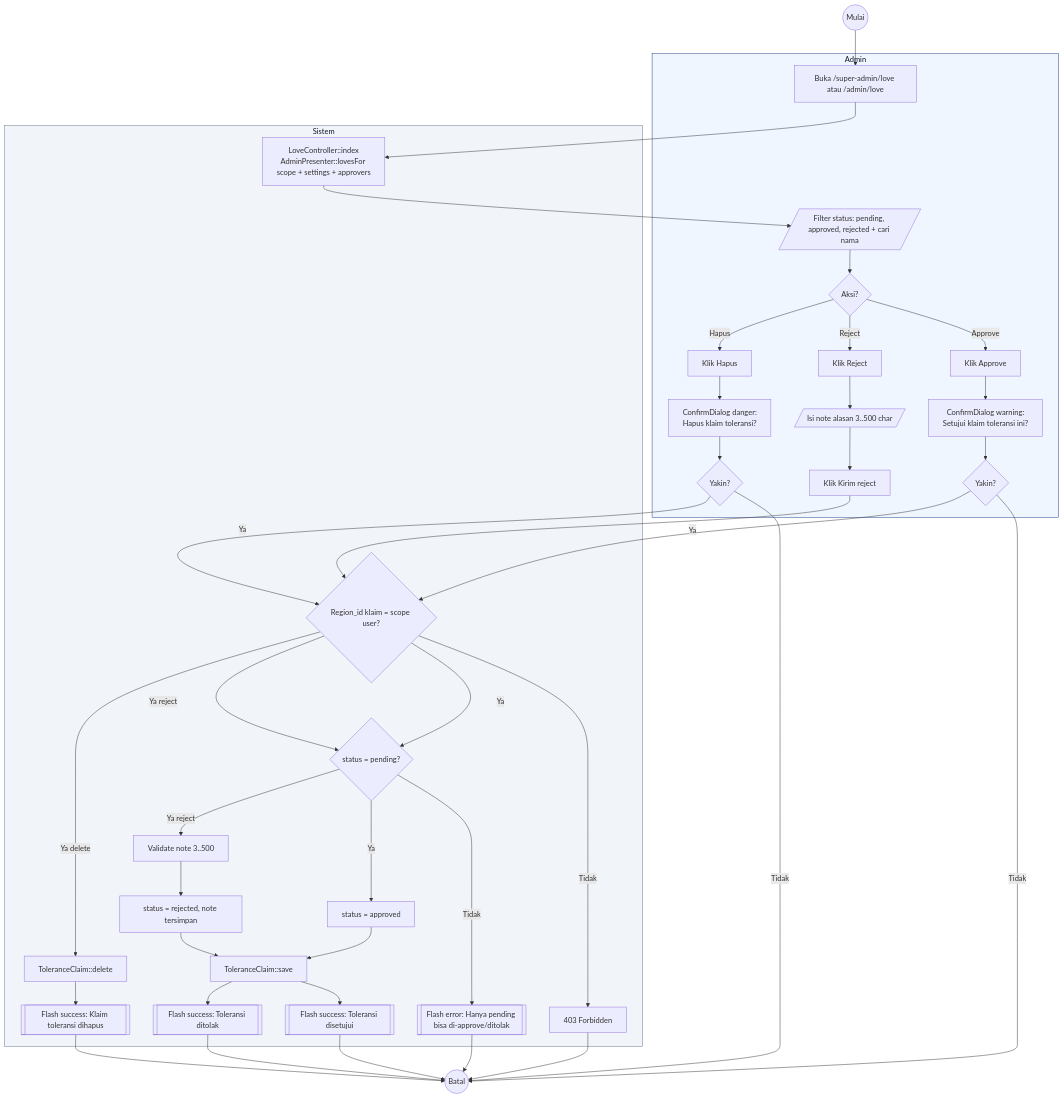
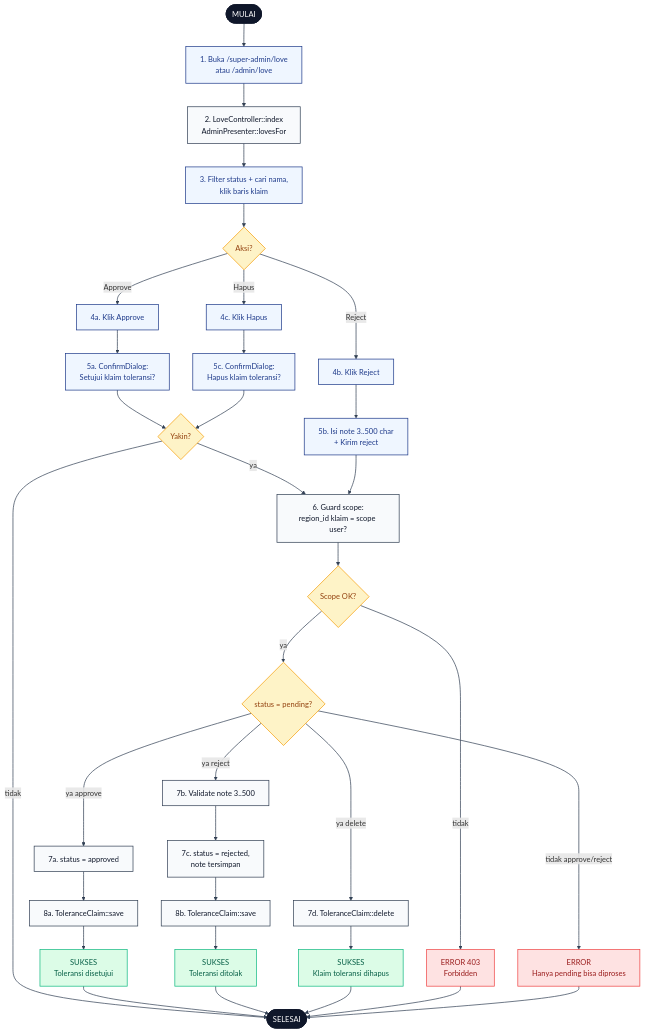
The diagram in docs/activity-diagrams/14-toleransi-approval.md (radacore/absensi-pu), drawn with Mermaid before and after one commit. The commit also changed other lines of this file and 22 other files, not shown here.

First line of the commit message:
docs(diagram): terapkan pola mermaid flowchart TD ke 23 diagram sisanya

````diff
--- a/docs/activity-diagrams/14-toleransi-approval.md
+++ b/docs/activity-diagrams/14-toleransi-approval.md
@@ -22,76 +11,92 @@
 ```mermaid
 flowchart TD
-    Start((Mulai)) --> A1
+    START([MULAI]):::se
 
-    subgraph Admin[Admin]
-        A1[Buka /super-admin/love atau /admin/love]
-        A2[/Filter status: pending, approved, rejected + cari nama/]
-        A3{Aksi?}
-        A4[Klik Approve]
-        A5[ConfirmDialog warning:<br/>Setujui klaim toleransi ini?]
-        A6{Yakin?}
-        A7[Klik Reject]
-        A8[/Isi note alasan 3..500 char/]
-        A9[Klik Kirim reject]
-        A10[Klik Hapus]
-        A11[ConfirmDialog danger:<br/>Hapus klaim toleransi?]
-        A12{Yakin?}
-    end
+    A1["1. Buka /super-admin/love<br/>atau /admin/love"]:::user
+    S1["2. LoveController::index<br/>AdminPresenter::lovesFor"]:::sys
+    A2["3. Filter status + cari nama,<br/>klik baris klaim"]:::user
+    D1{"Aksi?"}:::dec
 
-    subgraph Sistem[Sistem]
-        S1[LoveController::index<br/>AdminPresenter::lovesFor scope + settings + approvers]
-        S2{Region_id klaim = scope user?}
-        S3[403 Forbidden]
-        S4{status = pending?}
-        S5[[Flash error: Hanya pending bisa di-approve/ditolak]]
-        S6[status = approved]
-        S7[ToleranceClaim::save]
-        S8[[Flash success: Toleransi disetujui]]
-        S9[Validate note 3..500]
-        S10[status = rejected, note tersimpan]
-        S11[[Flash success: Toleransi ditolak]]
-        S12[ToleranceClaim::delete]
-        S13[[Flash success: Klaim toleransi dihapus]]
-    end
+    A3a["4a. Klik Approve"]:::user
+    A3b["4b. Klik Reject"]:::user
+    A3c["4c. Klik Hapus"]:::user
 
+    A4a["5a. ConfirmDialog:<br/>Setujui klaim toleransi?"]:::user
+    A4b["5b. Isi note 3..500 char<br/>+ Kirim reject"]:::user
+    A4c["5c. ConfirmDialog:<br/>Hapus klaim toleransi?"]:::user
+
+    D2{"Yakin?"}:::dec
+
+    S2["6. Guard scope:<br/>region_id klaim = scope user?"]:::sys
+    D3{"Scope OK?"}:::dec
+    E1["ERROR 403<br/>Forbidden"]:::err
+
+    D4{"status = pending?"}:::dec
+    E2["ERROR<br/>Hanya pending bisa diproses"]:::err
+
+    S3a["7a. status = approved"]:::sys
+    S3b["7b. Validate note 3..500"]:::sys
+    S3c["7c. status = rejected,<br/>note tersimpan"]:::sys
+
+    S4a["8a. ToleranceClaim::save"]:::sys
+    S4b["8b. ToleranceClaim::save"]:::sys
+
+    S5["7d. ToleranceClaim::delete"]:::sys
+
+    OK1["SUKSES<br/>Toleransi disetujui"]:::ok
+    OK2["SUKSES<br/>Toleransi ditolak"]:::ok
+    OK3["SUKSES<br/>Klaim toleransi dihapus"]:::ok
+    END([SELESAI]):::se
+
+    START --> A1
     A1 --> S1
     S1 --> A2
-    A2 --> A3
-    A3 -->|Approve| A4
-    A4 --> A5
-    A5 --> A6
-    A6 -->|Tidak| End((Batal))
-    A6 -->|Ya| S2
-    S2 -->|Tidak| S3
-    S2 -->|Ya| S4
-    S4 -->|Tidak| S5
-    S4 -->|Ya| S6
-    S6 --> S7
-    S7 --> S8
-    S8 --> End
-    A3 -->|Reject| A7
-    A7 --> A8
-    A8 --> A9
-    A9 --> S2
-    S2 -->|Ya reject| S4
-    S4 -->|Ya reject| S9
-    S9 --> S10
-    S10 --> S7
-    S7 --> S11
-    S11 --> End
-    A3 -->|Hapus| A10
-    A10 --> A11
-    A11 --> A12
-    A12 -->|Tidak| End
-    A12 -->|Ya| S2
-    S2 -->|Ya delete| S12
-    S12 --> S13
-    S13 --> End
-    S3 --> End
-    S5 --> End
+    A2 --> D1
 
-    classDef actor fill:#EFF6FF,stroke:#1E3A8A,stroke-width:1px,color:#0F172A
-    classDef system fill:#F1F5F9,stroke:#64748B,stroke-width:1px,color:#0F172A
-    class Admin actor
-    class Sistem system
+    D1 -->|Approve| A3a
+    A3a --> A4a
+    A4a --> D2
+    D2 -->|tidak| END
+
+    D1 -->|Reject| A3b
+    A3b --> A4b
+
+    D1 -->|Hapus| A3c
+    A3c --> A4c
+    A4c --> D2
+
+    D2 -->|ya| S2
+    A4b --> S2
+
+    S2 --> D3
+    D3 -->|tidak| E1
+    D3 -->|ya| D4
+    D4 -->|tidak approve/reject| E2
+
+    D4 -->|ya approve| S3a
+    S3a --> S4a
+    S4a --> OK1
+
+    D4 -->|ya reject| S3b
+    S3b --> S3c
+    S3c --> S4b
+    S4b --> OK2
+
+    D4 -->|ya delete| S5
+    S5 --> OK3
+
+    OK1 --> END
+    OK2 --> END
+    OK3 --> END
+    E1 --> END
+    E2 --> END
+
+    classDef se fill:#0F172A,stroke:#0F172A,color:#fff,stroke-width:2px
+    classDef user fill:#EFF6FF,stroke:#1E3A8A,color:#1E3A8A,stroke-width:1.5px
+    classDef sys fill:#F8FAFC,stroke:#334155,color:#0F172A,stroke-width:1.5px
+    classDef dec fill:#FEF3C7,stroke:#F59E0B,color:#92400E,stroke-width:1.5px
+    classDef err fill:#FEE2E2,stroke:#EF4444,color:#991B1B,stroke-width:1.5px
+    classDef ok fill:#DCFCE7,stroke:#10B981,color:#065F46,stroke-width:1.5px
+
+    linkStyle default stroke:#334155,stroke-width:1.5px
 ```
````
